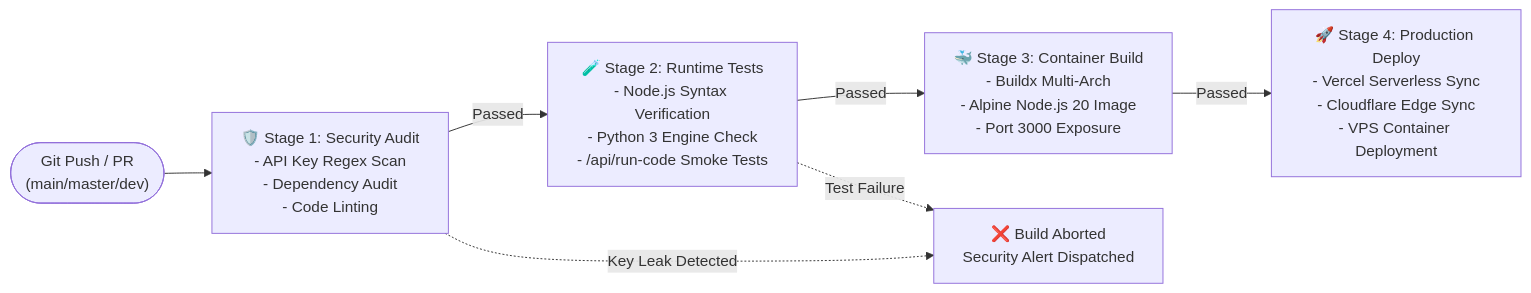
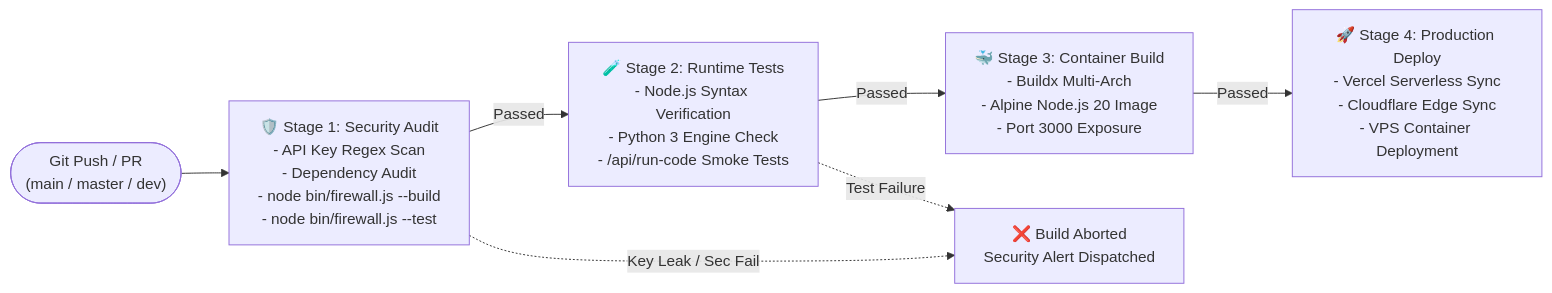
Before and after one commit to dhyangandhi/MindHelix-AI: the second of 8 diagrams in WORKFLOW.md, drawn with Mermaid. The commit also changed other lines of this file and 1 other file, not shown here.

````diff
--- a/WORKFLOW.md
+++ b/WORKFLOW.md
@@ -98,13 +97,13 @@
 ```mermaid
 flowchart LR
-    PushEvent(["Git Push / PR\n(main/master/dev)"]) --> SecAudit["🛡️ Stage 1: Security Audit\n- API Key Regex Scan\n- Dependency Audit\n- Code Linting"]
+    PushEvent(["Git Push / PR\n(main / master / dev)"]) --> SecAudit["🛡️ Stage 1: Security Audit\n- API Key Regex Scan\n- Dependency Audit\n- node bin/firewall.js --build\n- node bin/firewall.js --test"]
     
     SecAudit -->|Passed| TestSuite["🧪 Stage 2: Runtime Tests\n- Node.js Syntax Verification\n- Python 3 Engine Check\n- /api/run-code Smoke Tests"]
     
     TestSuite -->|Passed| DockerBuild["🐳 Stage 3: Container Build\n- Buildx Multi-Arch\n- Alpine Node.js 20 Image\n- Port 3000 Exposure"]
     
     DockerBuild -->|Passed| DeployStage["🚀 Stage 4: Production Deploy\n- Vercel Serverless Sync\n- Cloudflare Edge Sync\n- VPS Container Deployment"]
 
-    SecAudit -.->|Key Leak Detected| FailFast["❌ Build Aborted\nSecurity Alert Dispatched"]
+    SecAudit -.->|Key Leak / Sec Fail| FailFast["❌ Build Aborted\nSecurity Alert Dispatched"]
     TestSuite -.->|Test Failure| FailFast
 ```
````
